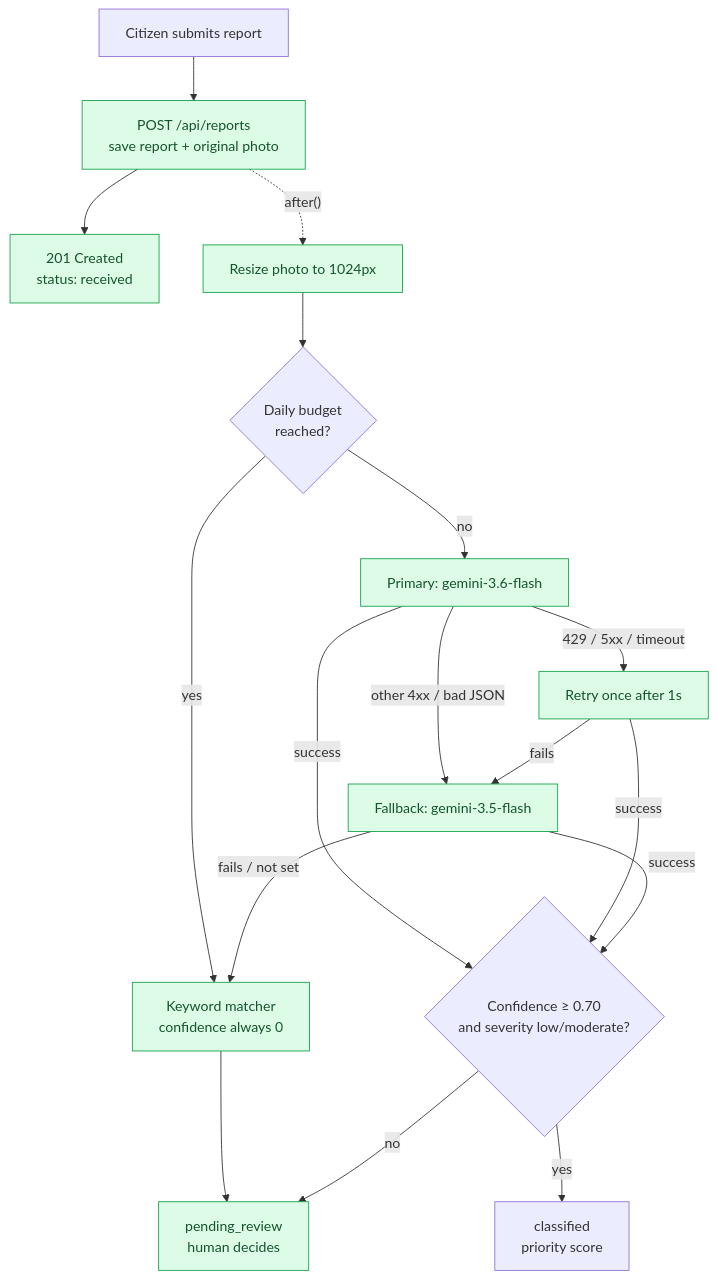
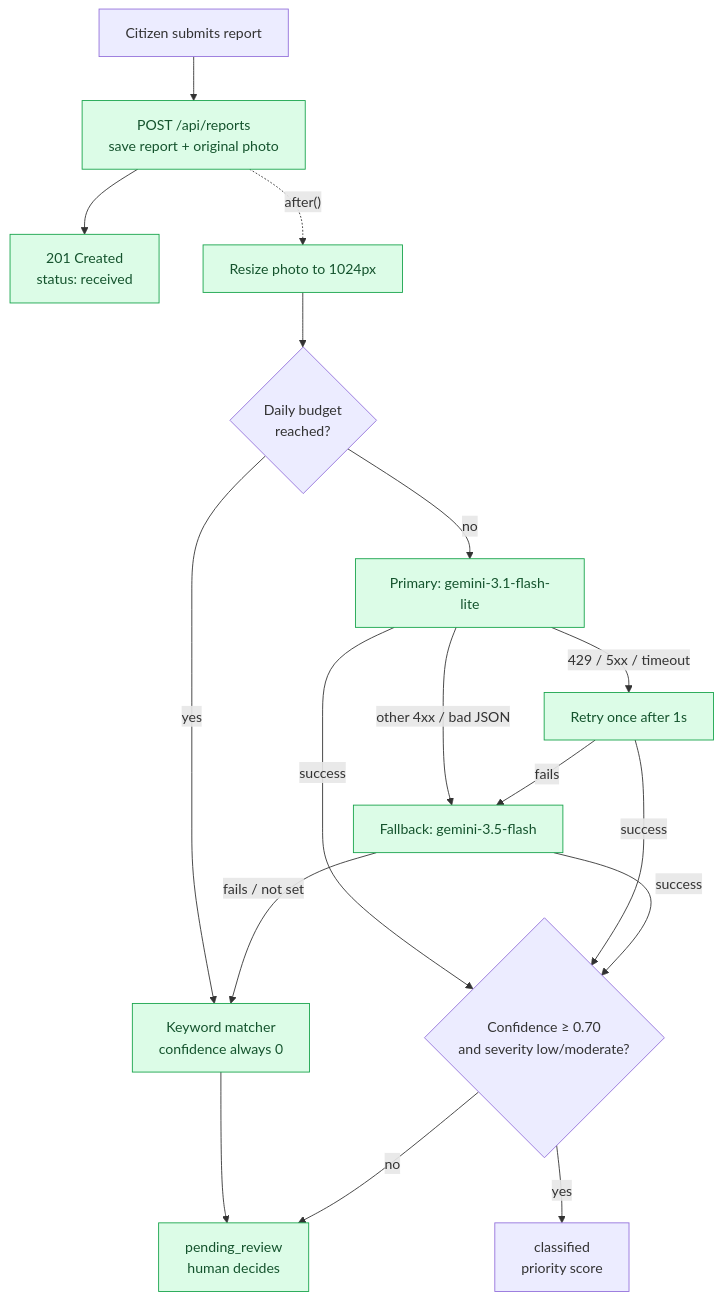
The first of 9 diagrams in docs/handoffs/ai-benchmarking.md (helidastar/SAGIP-AI), drawn with Mermaid before and after one commit. The commit also changed other lines of this file, not shown here.

Commit message:
docs(ai): update classification flowchart for current models

````diff
--- a/docs/handoffs/ai-benchmarking.md
+++ b/docs/handoffs/ai-benchmarking.md
@@ -24,26 +24,24 @@
 ```mermaid
 flowchart TD
     A[Citizen submits report] --> B[POST /api/reports<br/>save report + original photo]
     B --> C[201 Created<br/>status: received]
     B -. "after()" .-> D[Resize photo to 1024px]
     D --> E{Daily budget<br/>reached?}
     E -- yes --> K
-    E -- no --> P[Primary: gemini-3.6-flash]
+    E -- no --> P[Primary: gemini-3.1-flash-lite]
     P -- success --> R{Confidence ≥ 0.70<br/>and severity low/moderate?}
     P -- "429 / 5xx / timeout" --> P2[Retry once after 1s]
     P -- "other 4xx / bad JSON" --> F
     P2 -- success --> R
     P2 -- fails --> F[Fallback: gemini-3.5-flash]
     F -- success --> R
     F -- "fails / not set" --> K[Keyword matcher<br/>confidence always 0]
     K --> Q[pending_review<br/>human decides]
     R -- yes --> S[classified<br/>priority score]
     R -- no --> Q
 
     classDef ok fill:#DCFCE7,stroke:#16A34A,color:#14532D
     classDef bad fill:#FEE2E2,stroke:#DC2626,color:#7F1D1D
     classDef warn fill:#FEF9C3,stroke:#CA8A04,color:#713F12
     class B,C,D,F,K,P,P2,Q ok
-
-
 ```
````
